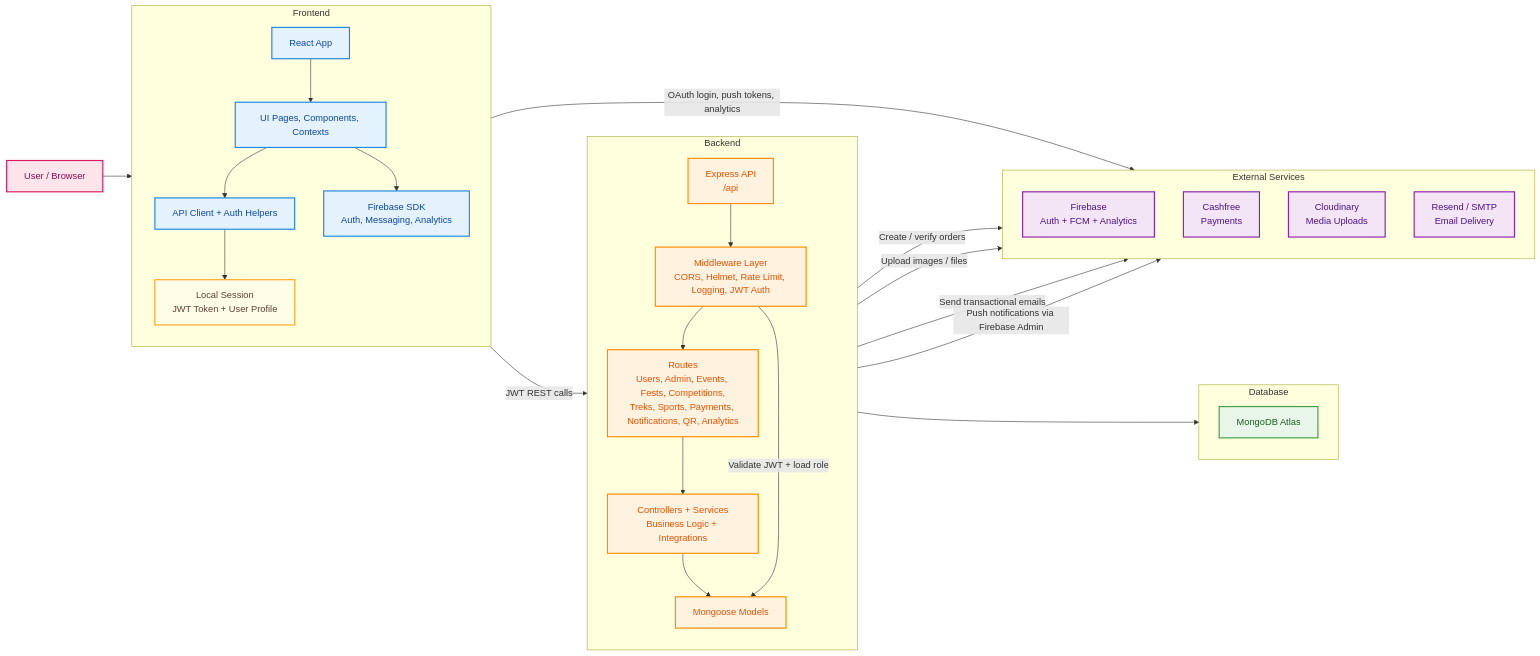
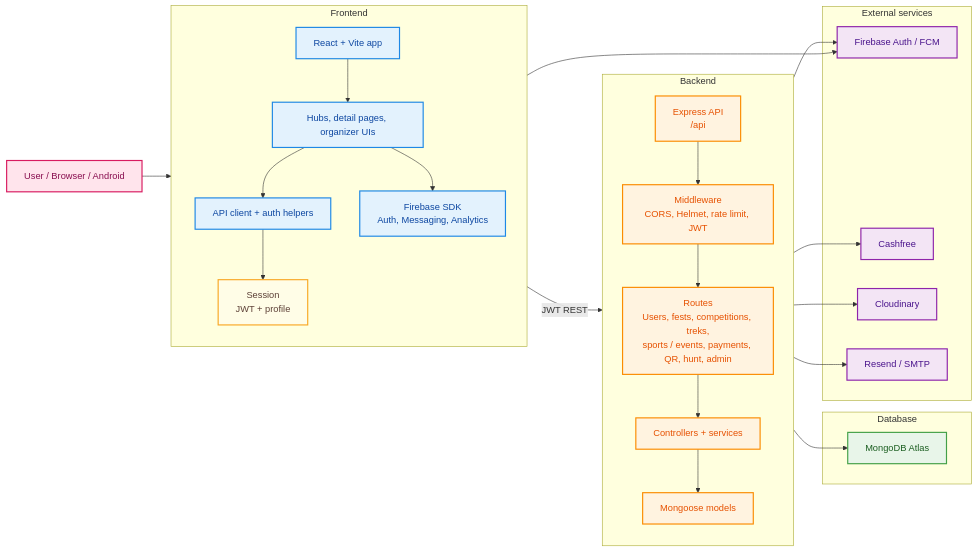
One commit to lolbhailol-lol/CrwdCtrl changed the diagram in ARCHITECTURE.md. Above: the diagram before and after it, drawn with Mermaid. The commit also changed other lines of this file and 156 other files, not shown here.

````diff
--- a/ARCHITECTURE.md
+++ b/ARCHITECTURE.md
@@ -3,59 +5,52 @@
 ```mermaid
 flowchart LR
   classDef user fill:#FFE4EC,stroke:#D81B60,stroke-width:2px,color:#880E4F;
   classDef frontend fill:#E3F2FD,stroke:#1E88E5,stroke-width:2px,color:#0D47A1;
   classDef backend fill:#FFF3E0,stroke:#FB8C00,stroke-width:2px,color:#E65100;
   classDef database fill:#E8F5E9,stroke:#43A047,stroke-width:2px,color:#1B5E20;
   classDef external fill:#F3E5F5,stroke:#8E24AA,stroke-width:2px,color:#4A148C;
   classDef session fill:#FFFDE7,stroke:#F9A825,stroke-width:2px,color:#5D4037;
 
-  U["User / Browser"]:::user
+  U["User / Browser / Android"]:::user
 
   subgraph FE["Frontend"]
     direction TB
-    FE1["React App"]:::frontend
-    FE2["UI Pages, Components, Contexts"]:::frontend
-    FE3["API Client + Auth Helpers"]:::frontend
+    FE1["React + Vite app"]:::frontend
+    FE2["Hubs, detail pages, organizer UIs"]:::frontend
+    FE3["API client + auth helpers"]:::frontend
     FE4["Firebase SDK<br/>Auth, Messaging, Analytics"]:::frontend
-    FE5["Local Session<br/>JWT Token + User Profile"]:::session
+    FE5["Session<br/>JWT + profile"]:::session
   end
 
   subgraph BE["Backend"]
     direction TB
     BE1["Express API<br/>/api"]:::backend
-    BE2["Middleware Layer<br/>CORS, Helmet, Rate Limit, Logging, JWT Auth"]:::backend
-    BE3["Routes<br/>Users, Admin, Events, Fests, Competitions,<br/>Treks, Sports, Payments, Notifications, QR, Analytics"]:::backend
-    BE4["Controllers + Services<br/>Business Logic + Integrations"]:::backend
-    BE5["Mongoose Models"]:::backend
+    BE2["Middleware<br/>CORS, Helmet, rate limit, JWT"]:::backend
+    BE3["Routes<br/>Users, fests, competitions, treks,<br/>sports / events, payments, QR, hunt, admin"]:::backend
+    BE4["Controllers + services"]:::backend
+    BE5["Mongoose models"]:::backend
   end
 
   subgraph DB["Database"]
-    direction TB
     DB1["MongoDB Atlas"]:::database
   end
 
-  subgraph EXT["External Services"]
-    direction TB
-    X1["Firebase<br/>Auth + FCM + Analytics"]:::external
-    X2["Cashfree<br/>Payments"]:::external
-    X3["Cloudinary<br/>Media Uploads"]:::external
-    X4["Resend / SMTP<br/>Email Delivery"]:::external
+  subgraph EXT["External services"]
+    X1["Firebase Auth / FCM"]:::external
+    X2["Cashfree"]:::external
+    X3["Cloudinary"]:::external
+    X4["Resend / SMTP"]:::external
   end
 
   U --> FE1
-  FE1 --> FE2
-  FE2 --> FE3
+  FE1 --> FE2 --> FE3
   FE2 --> FE4
   FE3 --> FE5
-
-  FE3 -->|"JWT REST calls"| BE1
-  FE4 -->|"OAuth login, push tokens, analytics"| X1
-
+  FE3 -->|"JWT REST"| BE1
+  FE4 --> X1
   BE1 --> BE2 --> BE3 --> BE4 --> BE5 --> DB1
-  BE2 -->|"Validate JWT + load role"| BE5
-
-  BE4 -->|"Create / verify orders"| X2
-  BE4 -->|"Upload images / files"| X3
-  BE4 -->|"Send transactional emails"| X4
-  BE4 -->|"Push notifications via Firebase Admin"| X1
+  BE4 --> X2
+  BE4 --> X3
+  BE4 --> X4
+  BE4 --> X1
 ```
````
